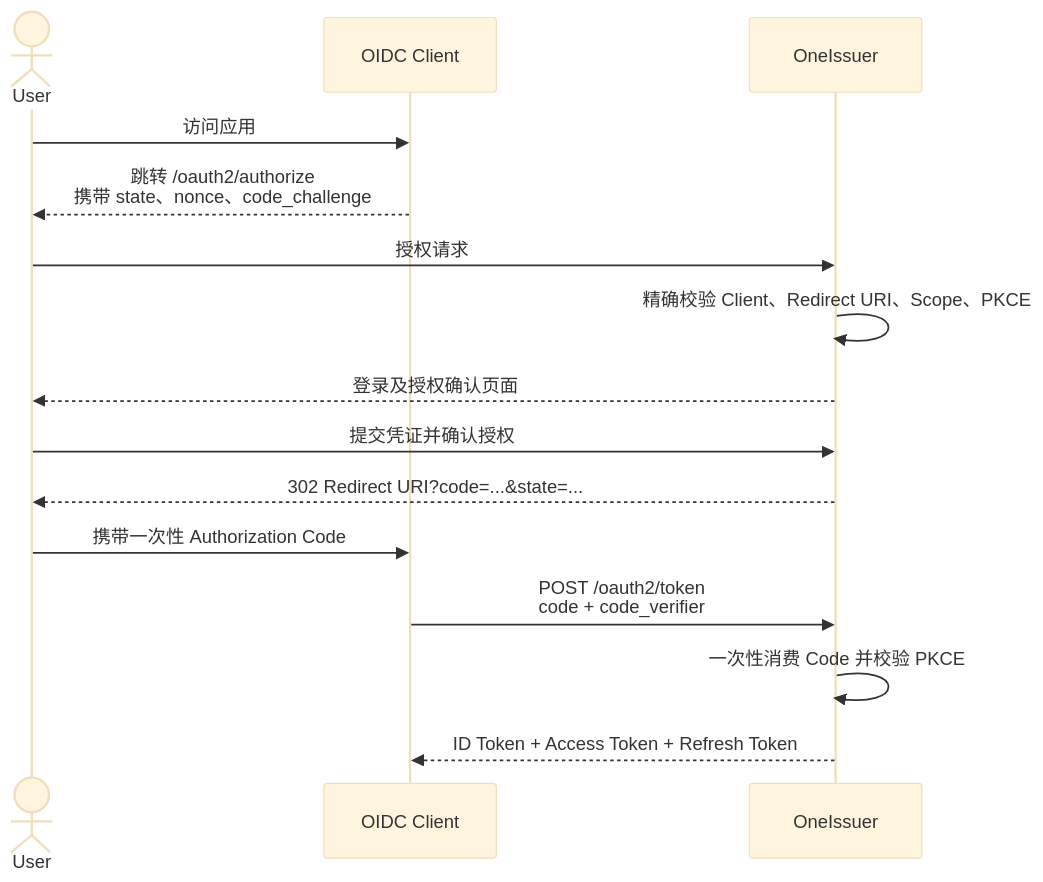
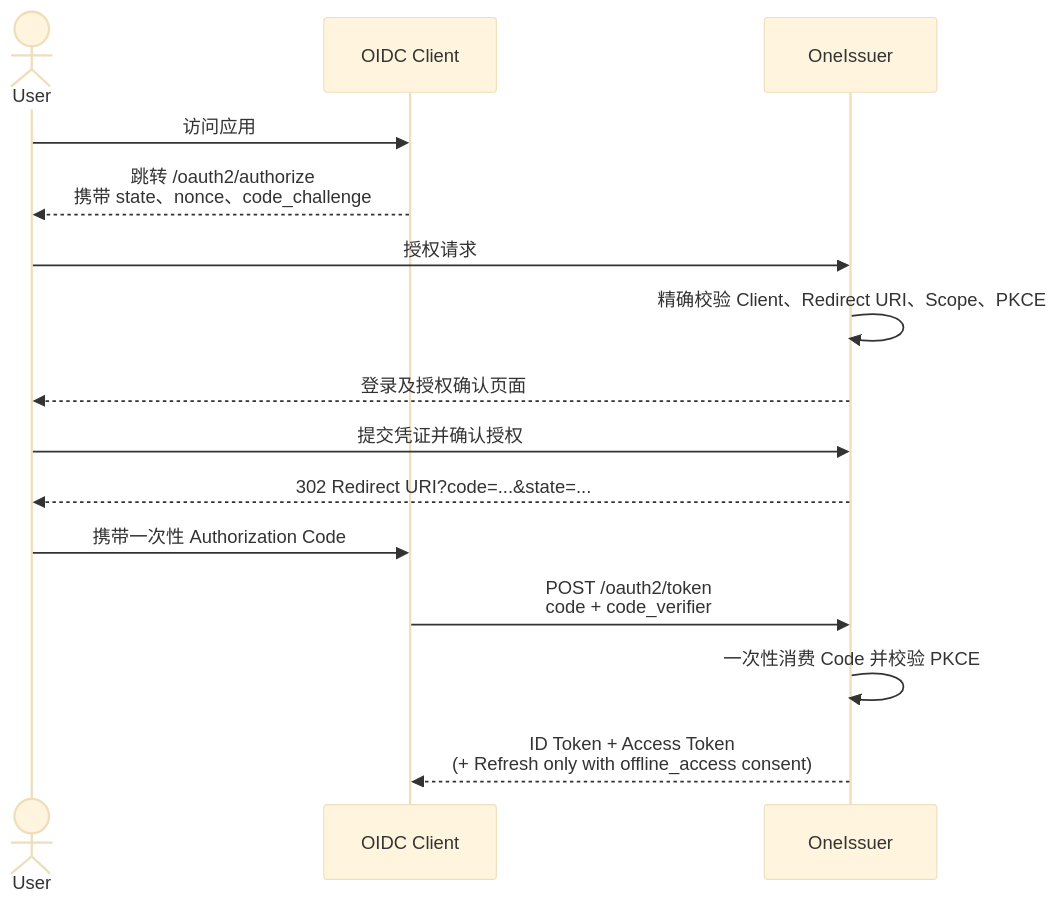
One commit to xiaoxura/OneIssuer changed the second of 3 diagrams in docs/go-backend-design.md. Above: the diagram before and after it, drawn with Mermaid (base theme). The commit also changed other lines of this file and 180 other files, not shown here.

````diff
--- a/docs/go-backend-design.md
+++ b/docs/go-backend-design.md
@@ -210,18 +214,18 @@
 ```mermaid
 sequenceDiagram
     actor User
     participant Client as OIDC Client
     participant OP as OneIssuer
 
     User->>Client: 访问应用
     Client-->>User: 跳转 /oauth2/authorize<br/>携带 state、nonce、code_challenge
     User->>OP: 授权请求
     OP->>OP: 精确校验 Client、Redirect URI、Scope、PKCE
     OP-->>User: 登录及授权确认页面
     User->>OP: 提交凭证并确认授权
     OP-->>User: 302 Redirect URI?code=...&state=...
     User->>Client: 携带一次性 Authorization Code
     Client->>OP: POST /oauth2/token<br/>code + code_verifier
     OP->>OP: 一次性消费 Code 并校验 PKCE
-    OP-->>Client: ID Token + Access Token + Refresh Token
+    OP-->>Client: ID Token + Access Token<br/>(+ Refresh only with offline_access consent)
 ```
````
